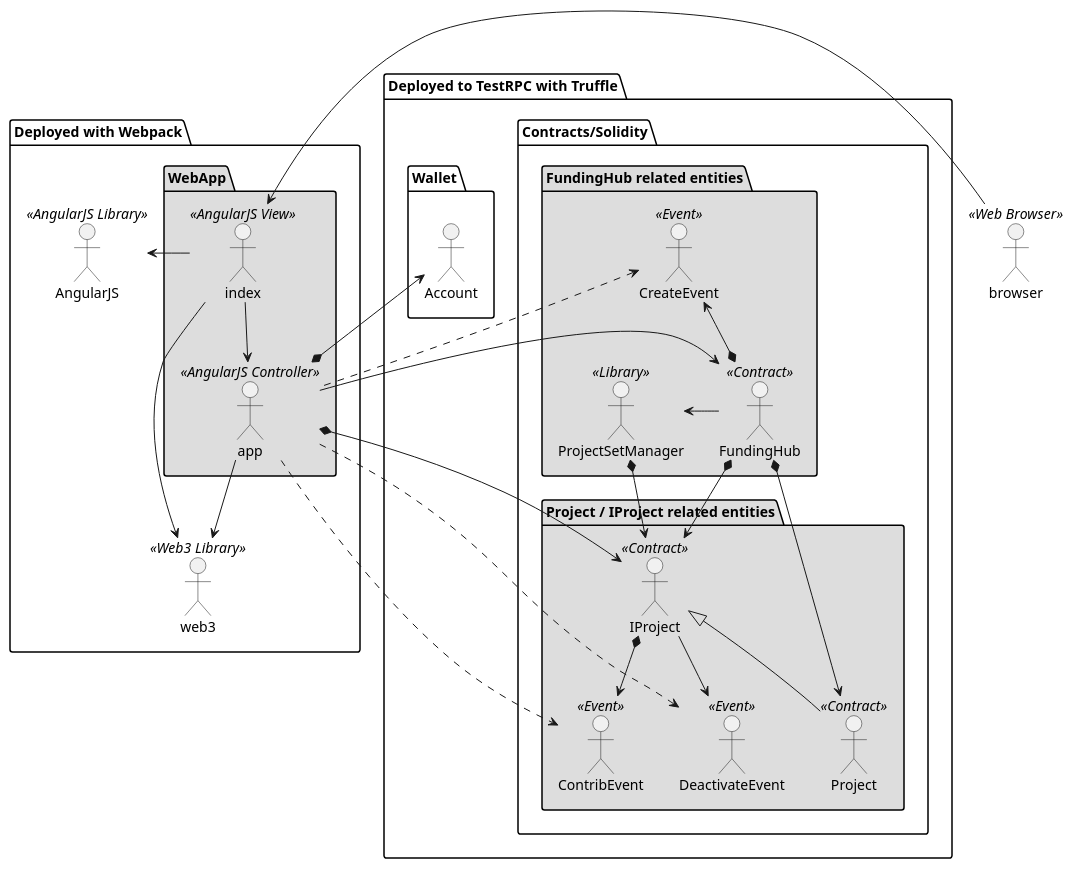
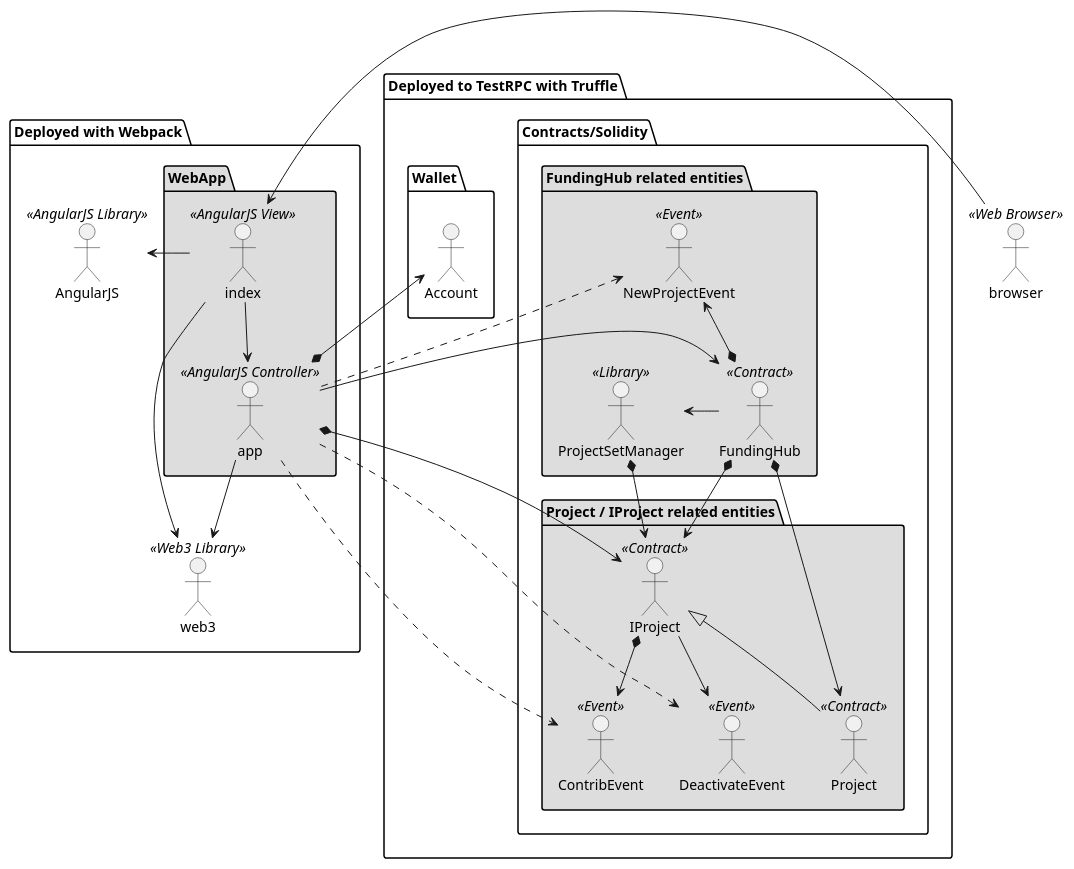
One commit to conroydamien/b9project changed the diagram in docs/class.puml. Above: the diagram before and after it, drawn with PlantUML. The commit also changed 2 other files, not shown here.

```diff
--- a/docs/class.puml
+++ b/docs/class.puml
@@ -1,62 +1,62 @@
 @startuml
 
 top to bottom direction
 
 package "Deployed to TestRPC with Truffle" {
 
 package Wallet {
 Account << (A, green) >>
 }
 
 package Contracts/Solidity {
 
 package "Project / IProject related entities" #DDDDDD {
 Project << (C,lightgreen) Contract>>
 ContribEvent << (E, red) Event>>
 DeactivateEvent << (E, red) Event>>
 IProject << (C, lightgreen) Contract>>
 }
 
 package "FundingHub related entities" #DDDDDD{
 FundingHub << (C,lightgreen) Contract>>
-CreateEvent << (E, red) Event>>
+NewProjectEvent << (E, red) Event>>
 ProjectSetManager << (L, lightgreen) Library>>
 }
 
 ProjectSetManager *--> IProject
 
 Project -u-|> IProject
 IProject *--> ContribEvent
 IProject --> DeactivateEvent
 
 FundingHub *--> IProject
 FundingHub *--> Project
-FundingHub *-u-> CreateEvent
+FundingHub *-u-> NewProjectEvent
 }
 }
 
 package "Deployed with Webpack" {
 package WebApp #DDDDDD {
 app << (C, blue) AngularJS Controller>>
 index << (V, blue) AngularJS View>>
 index --> app
 }
 web3 << (L, lightblue)Web3 Library>>
 AngularJS << (L, lightblue)AngularJS Library>>
 }
 
 app -l-> FundingHub
 app *--> IProject
 app *--> Account
-app .u.> CreateEvent
+app .u.> NewProjectEvent
 app ..> ContribEvent
 app ..> DeactivateEvent
 app --> web3
 index --> web3
 index -l-> AngularJS
 browser << (W, lightblue) Web Browser>>
 browser -l-> index
 FundingHub -l-> ProjectSetManager
 
 
 @enduml
```
